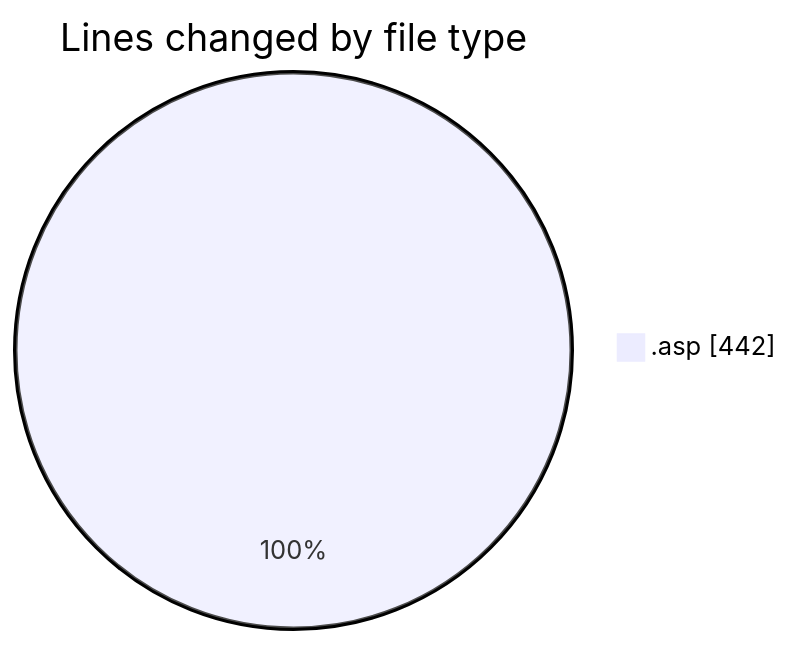
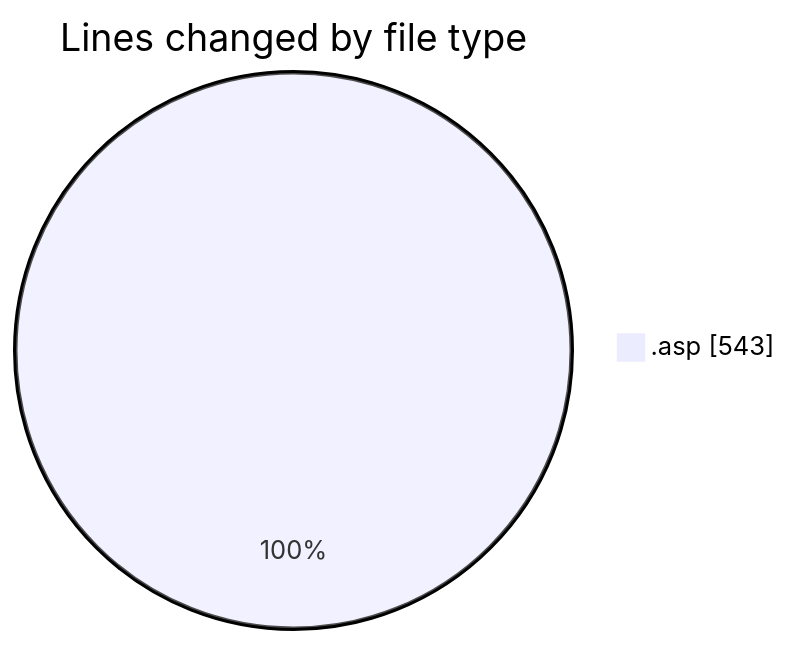
The first of 2 diagrams in 2025-10-07/cdp_aleoudev_fr__workspace_/README.md (julien-gomy/code-tracking), drawn with Mermaid before and after one commit. The commit also changed other lines of this file and 1 other file, not shown here.

````diff
--- a/2025-10-07/cdp_aleoudev_fr__workspace_/README.md
+++ b/2025-10-07/cdp_aleoudev_fr__workspace_/README.md
@@ -21,5 +21,5 @@
 ```mermaid
 pie showData
 title Lines changed by file type
-".asp" : 442
+".asp" : 543
 ```
````
